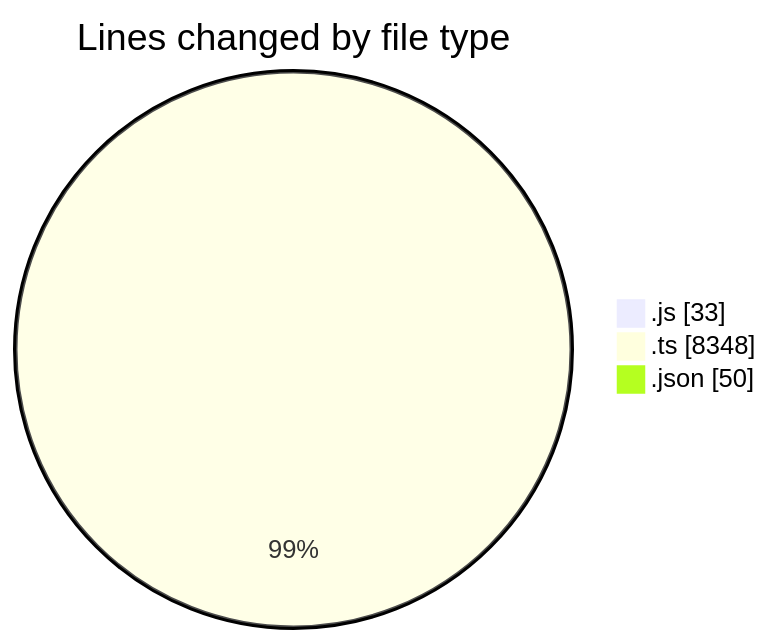
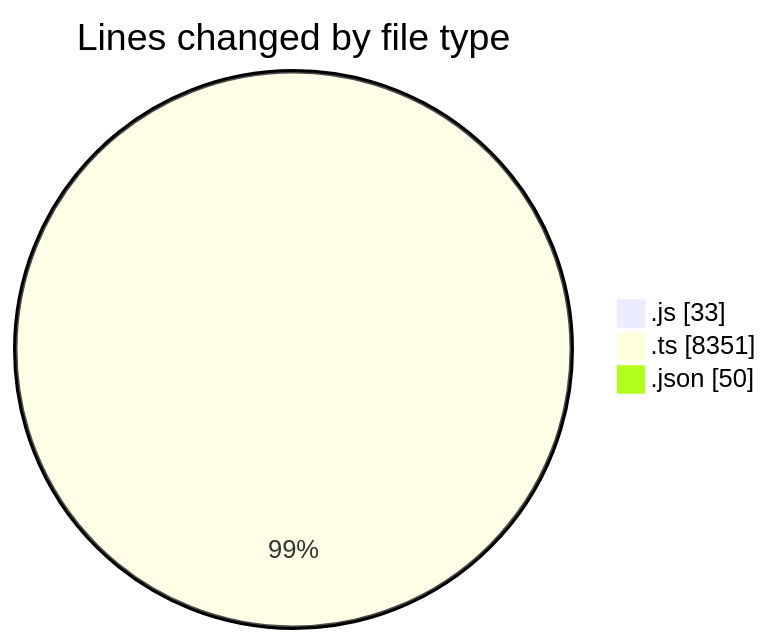
Before and after one commit to momahboobian/code-tracking: the first of 2 diagrams in 2025-09-08/cda/README.md, drawn with Mermaid. The commit also changed other lines of this file and 1 other file, not shown here.

````diff
--- a/2025-09-08/cda/README.md
+++ b/2025-09-08/cda/README.md
@@ -25,7 +25,7 @@
 ```mermaid
 pie showData
 title Lines changed by file type
 ".js" : 33
-".ts" : 8348
+".ts" : 8351
 ".json" : 50
 ```
````
